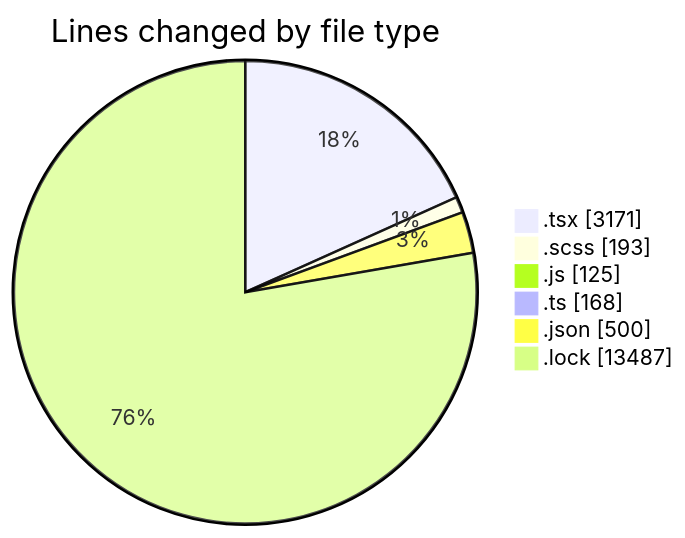
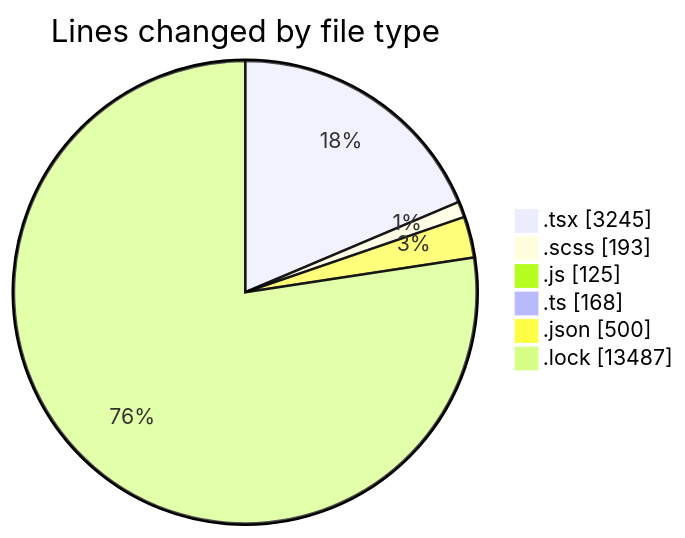
The first of 2 diagrams in 2026-04-24/cda/README.md (momahboobian/code-tracking), drawn with Mermaid before and after one commit. The commit also changed other lines of this file and 1 other file, not shown here.

````diff
--- a/2026-04-24/cda/README.md
+++ b/2026-04-24/cda/README.md
@@ -45,10 +45,10 @@
 ```mermaid
 pie showData
 title Lines changed by file type
-".tsx" : 3171
+".tsx" : 3245
 ".scss" : 193
 ".js" : 125
 ".ts" : 168
 ".json" : 500
 ".lock" : 13487
 ```
````
